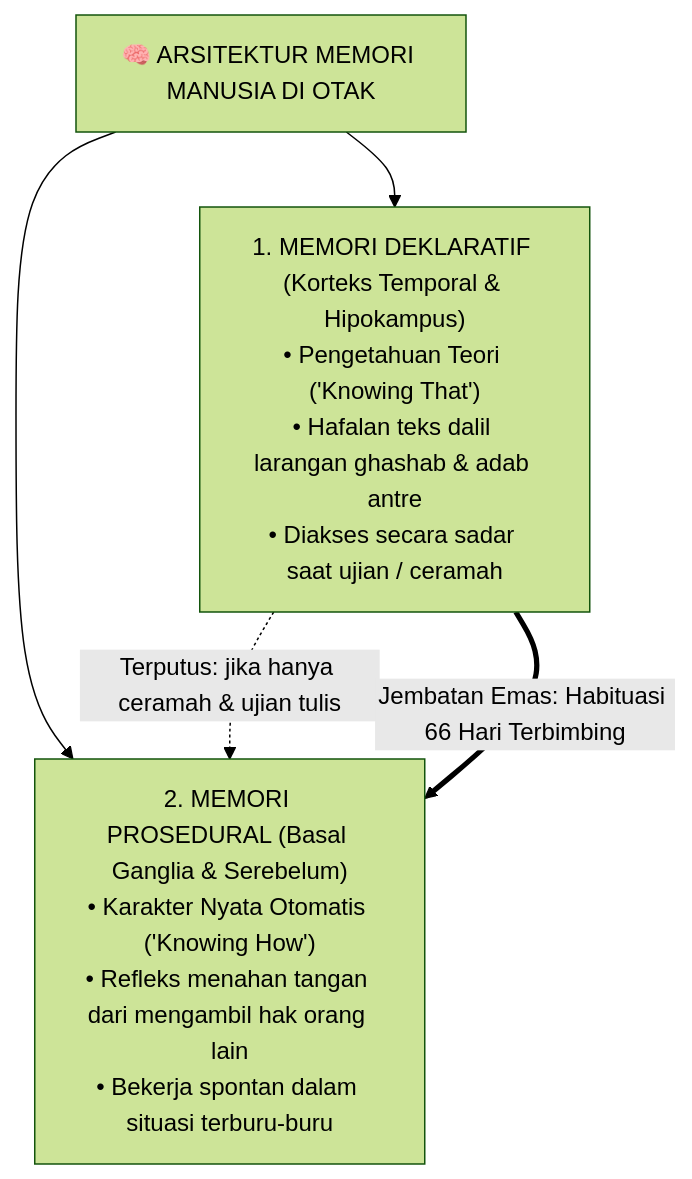
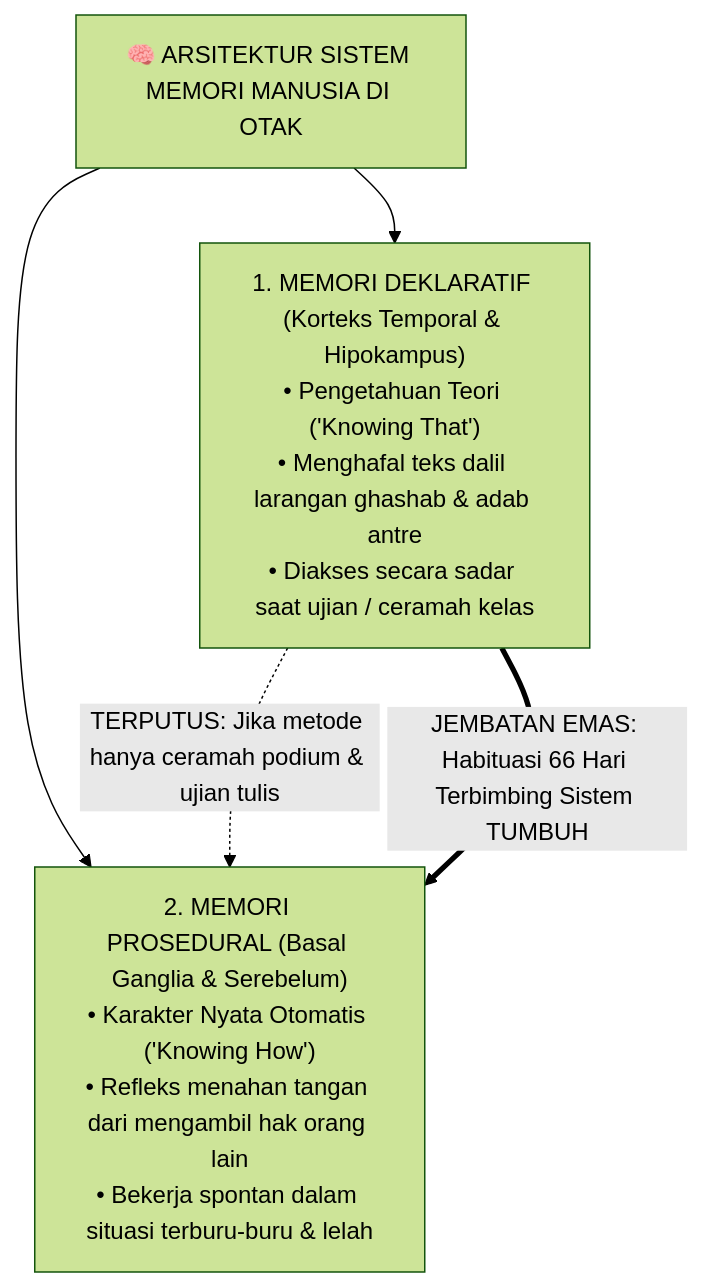
Before and after one commit to wandiapriliyandi/tumbuh: the third of 6 diagrams in BOOK-SERIES/Volume-01/Bab-01-Krisis-Karakter-dan-Urgensi-Rekonstruksi/01-Anomali-Pendidikan-Karakter-Tradisional.md, drawn with Mermaid (forest theme). The commit also changed other lines of this file, not shown here.

Commit message:
docs(bab-1.1): perjelas secara komprehensif seluruh uraian anatomi sistemik madrasah-asrama, neurosains memori, dan solusi arsitektur TUMBUH

````diff
--- a/BOOK-SERIES/Volume-01/Bab-01-Krisis-Karakter-dan-Urgensi-Rekonstruksi/01-Anomali-Pendidikan-Karakter-Tradisional.md
+++ b/BOOK-SERIES/Volume-01/Bab-01-Krisis-Karakter-dan-Urgensi-Rekonstruksi/01-Anomali-Pendidikan-Karakter-Tradisional.md
@@ -71,14 +84,14 @@
 ```mermaid
 graph TD
-    Otak["🧠 ARSITEKTUR MEMORI MANUSIA DI OTAK"]
+    Otak["🧠 ARSITEKTUR SISTEM MEMORI MANUSIA DI OTAK"]
     
     Otak --> Deklaratif
     Otak --> Prosedural
     
-    Deklaratif["1. MEMORI DEKLARATIF (Korteks Temporal & Hipokampus)<br/>• Pengetahuan Teori ('Knowing That')<br/>• Hafalan teks dalil larangan ghashab & adab antre<br/>• Diakses secara sadar saat ujian / ceramah"]
+    Deklaratif["1. MEMORI DEKLARATIF (Korteks Temporal & Hipokampus)<br/>• Pengetahuan Teori ('Knowing That')<br/>• Menghafal teks dalil larangan ghashab & adab antre<br/>• Diakses secara sadar saat ujian / ceramah kelas"]
     
-    Prosedural["2. MEMORI PROSEDURAL (Basal Ganglia & Serebelum)<br/>• Karakter Nyata Otomatis ('Knowing How')<br/>• Refleks menahan tangan dari mengambil hak orang lain<br/>• Bekerja spontan dalam situasi terburu-buru"]
+    Prosedural["2. MEMORI PROSEDURAL (Basal Ganglia & Serebelum)<br/>• Karakter Nyata Otomatis ('Knowing How')<br/>• Refleks menahan tangan dari mengambil hak orang lain<br/>• Bekerja spontan dalam situasi terburu-buru & lelah"]
     
-    Deklaratif -.->|"Terputus: jika hanya ceramah & ujian tulis"| Prosedural
-    Deklaratif ==>|"Jembatan Emas: Habituasi 66 Hari Terbimbing"| Prosedural
+    Deklaratif -.->|"TERPUTUS: Jika metode hanya ceramah podium & ujian tulis"| Prosedural
+    Deklaratif ==>|"JEMBATAN EMAS: Habituasi 66 Hari Terbimbing Sistem TUMBUH"| Prosedural
 ```
````
